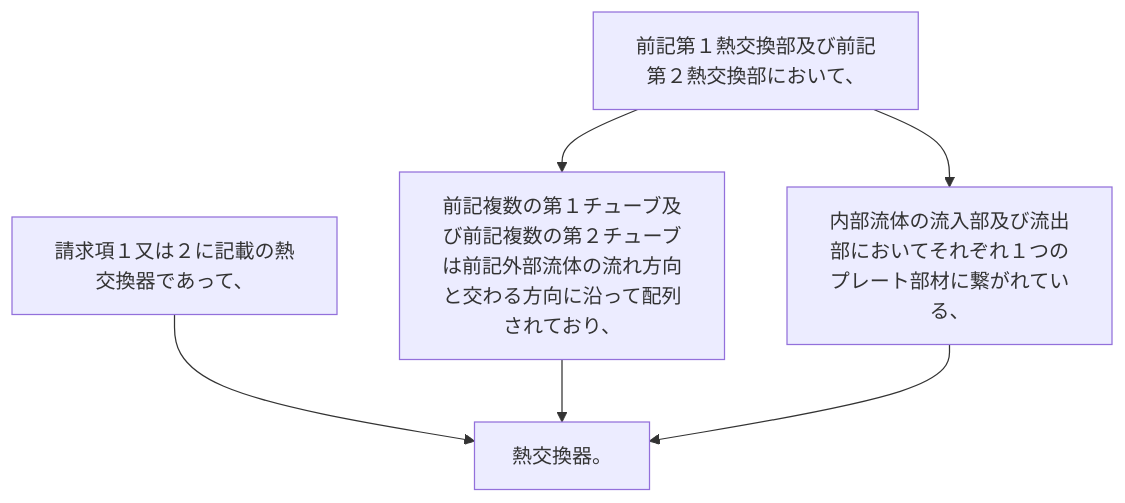
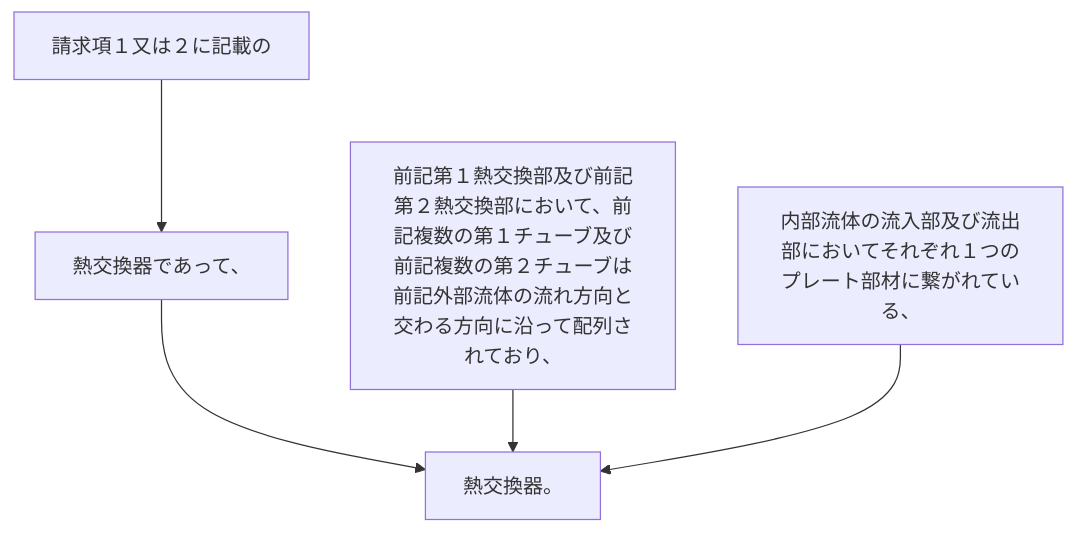
One commit to shinmori55/patent_analyzed changed the diagram in 2024/JP2024007944A/claim_3/README.md. Above: the diagram before and after it, drawn with Mermaid. The commit also changed 336 other files, not shown here.

````diff
--- a/2024/JP2024007944A/claim_3/README.md
+++ b/2024/JP2024007944A/claim_3/README.md
@@ -4,13 +4,12 @@
 ```mermaid
 flowchart TD
-A[請求項１又は２に記載の熱交換器であって、]
-B[前記第１熱交換部及び前記第２熱交換部において、]
-C[前記複数の第１チューブ及び前記複数の第２チューブは前記外部流体の流れ方向と交わる方向に沿って配列されており、]
+A[請求項１又は２に記載の]
+B[熱交換器であって、]
+C[前記第１熱交換部及び前記第２熱交換部において、前記複数の第１チューブ及び前記複数の第２チューブは前記外部流体の流れ方向と交わる方向に沿って配列されており、]
 D[内部流体の流入部及び流出部においてそれぞれ１つのプレート部材に繋がれている、]
 E[熱交換器。]
-A --> E
-B --> C
-B --> D
+A --> B
+B --> E
 C --> E
 D --> E
 ```
````
